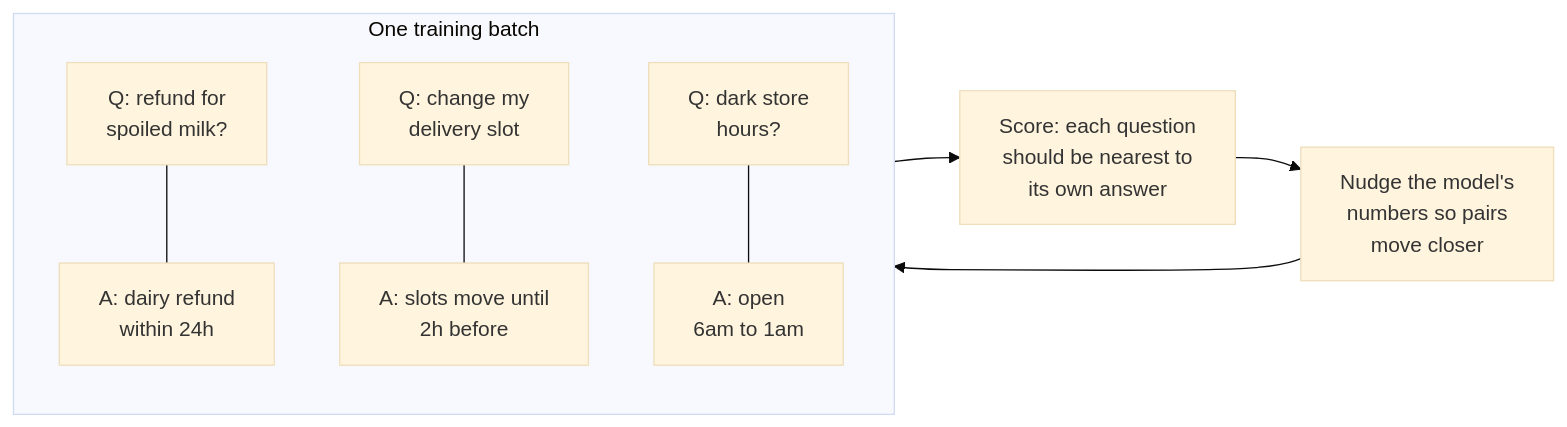
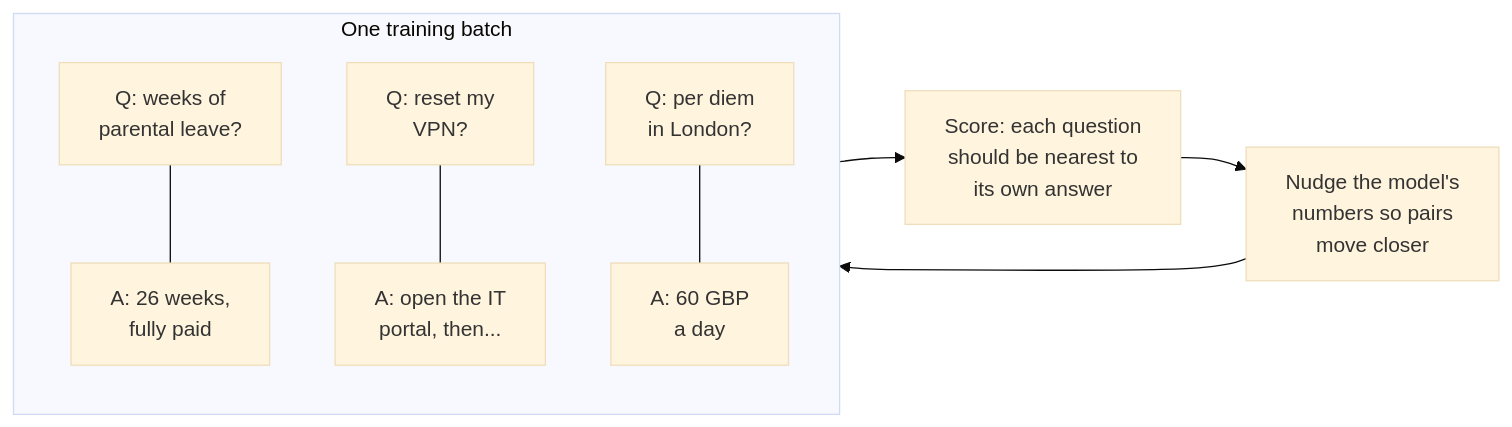
One commit to shubamchaudhary/CodeNITW changed the third of 8 diagrams in src/Data/aiStackDocs/CH-02.md. Above: the diagram before and after it, drawn with Mermaid (base theme). The commit also changed other lines of this file and 32 other files, not shown here.

````diff
--- a/src/Data/aiStackDocs/CH-02.md
+++ b/src/Data/aiStackDocs/CH-02.md
@@ -88,11 +88,11 @@
 ```mermaid
 flowchart LR
     subgraph BATCH["One training batch"]
-        Q1["Q: refund for<br/>spoiled milk?"] --- D1["A: dairy refund<br/>within 24h"]
-        Q2["Q: change my<br/>delivery slot"] --- D2["A: slots move until<br/>2h before"]
-        Q3["Q: dark store<br/>hours?"] --- D3["A: open<br/>6am to 1am"]
+        Q1["Q: weeks of<br/>parental leave?"] --- D1["A: 26 weeks,<br/>fully paid"]
+        Q2["Q: reset my<br/>VPN?"] --- D2["A: open the IT<br/>portal, then..."]
+        Q3["Q: per diem<br/>in London?"] --- D3["A: 60 GBP<br/>a day"]
     end
     BATCH --> L["Score: each question<br/>should be nearest to<br/>its own answer"]
     L --> U["Nudge the model's<br/>numbers so pairs<br/>move closer"]
     U --> BATCH
 ```
````
